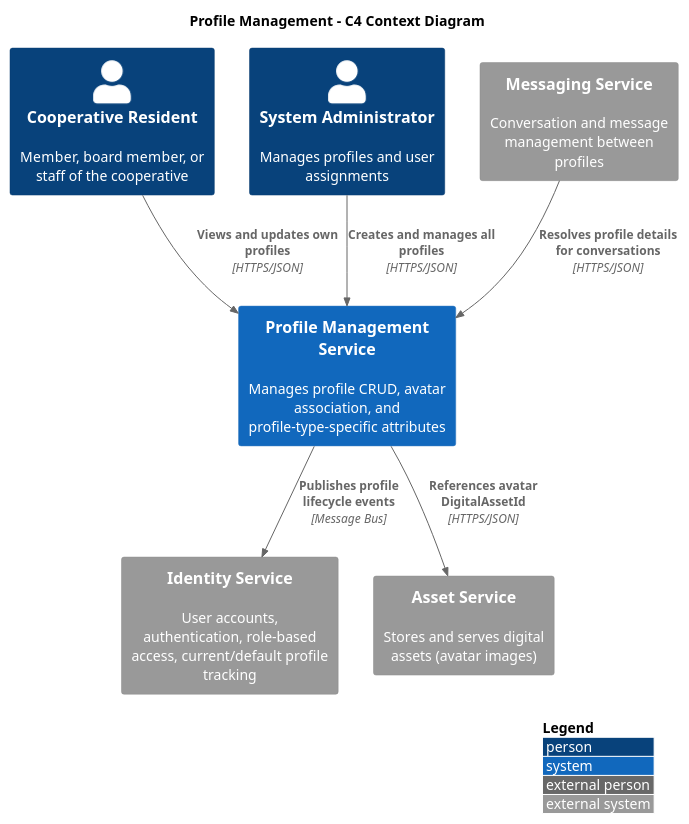
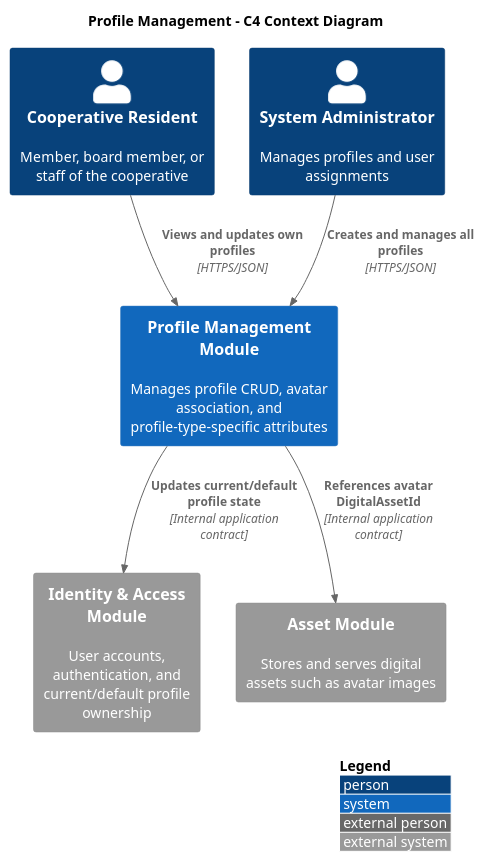
One commit to QuinntyneBrown/Coop changed the diagram in docs/detailed-designs/04-profile-management/c4-context.puml. Above: the diagram before and after it, drawn with PlantUML. The commit also changed 7 other files, not shown here.

Commit message:
Update PlantUML diagrams for profile and document management

```diff
--- a/docs/detailed-designs/04-profile-management/c4-context.puml
+++ b/docs/detailed-designs/04-profile-management/c4-context.puml
@@ -1,25 +1,23 @@
 @startuml c4-context
 
 !include https://raw.githubusercontent.com/plantuml-stdlib/C4-PlantUML/master/C4_Context.puml
 
 LAYOUT_WITH_LEGEND()
 LAYOUT_TOP_DOWN()
 
 title Profile Management - C4 Context Diagram
 
 Person(resident, "Cooperative Resident", "Member, board member, or staff of the cooperative")
 Person(admin, "System Administrator", "Manages profiles and user assignments")
 
-System(profileService, "Profile Management Service", "Manages profile CRUD, avatar association, and profile-type-specific attributes")
+System(profileModule, "Profile Management Module", "Manages profile CRUD, avatar association, and profile-type-specific attributes")
 
-System_Ext(identityService, "Identity Service", "User accounts, authentication, role-based access, current/default profile tracking")
-System_Ext(assetService, "Asset Service", "Stores and serves digital assets (avatar images)")
-System_Ext(messagingService, "Messaging Service", "Conversation and message management between profiles")
+System_Ext(identityModule, "Identity & Access Module", "User accounts, authentication, and current/default profile ownership")
+System_Ext(assetModule, "Asset Module", "Stores and serves digital assets such as avatar images")
 
-Rel(resident, profileService, "Views and updates own profiles", "HTTPS/JSON")
-Rel(admin, profileService, "Creates and manages all profiles", "HTTPS/JSON")
-Rel(profileService, identityService, "Publishes profile lifecycle events", "Message Bus")
-Rel(profileService, assetService, "References avatar DigitalAssetId", "HTTPS/JSON")
-Rel(messagingService, profileService, "Resolves profile details for conversations", "HTTPS/JSON")
+Rel(resident, profileModule, "Views and updates own profiles", "HTTPS/JSON")
+Rel(admin, profileModule, "Creates and manages all profiles", "HTTPS/JSON")
+Rel(profileModule, identityModule, "Updates current/default profile state", "Internal application contract")
+Rel(profileModule, assetModule, "References avatar DigitalAssetId", "Internal application contract")
 
 @enduml
```
